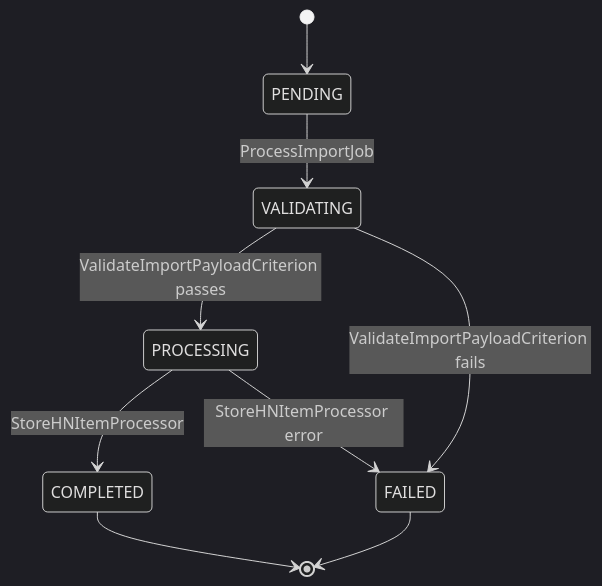
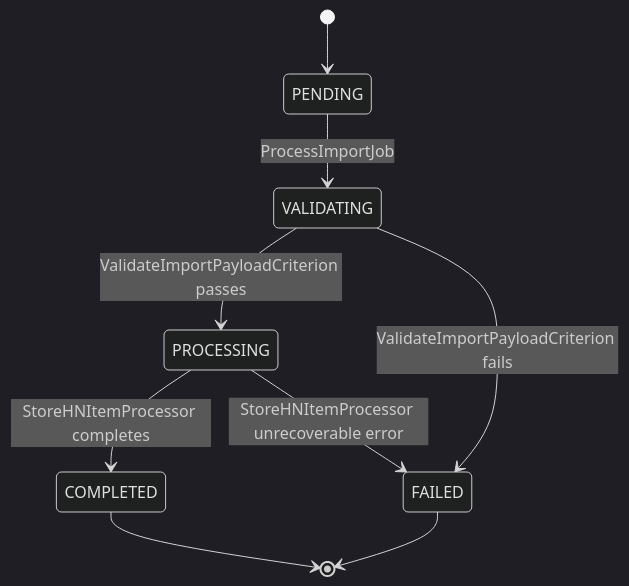
The first of 3 diagrams in src/main/java/com/java_template/prototype/functional_requirement.md (Cyoda-platform/java-client-template), drawn with Mermaid (dark theme) before and after one commit. The commit also changed other lines of this file, not shown here.

````diff
--- a/src/main/java/com/java_template/prototype/functional_requirement.md
+++ b/src/main/java/com/java_template/prototype/functional_requirement.md
@@ -36,11 +58,11 @@
 ```mermaid
 stateDiagram-v2
     [*] --> PENDING
     PENDING --> VALIDATING : ProcessImportJob
     VALIDATING --> PROCESSING : ValidateImportPayloadCriterion passes
     VALIDATING --> FAILED : ValidateImportPayloadCriterion fails
-    PROCESSING --> COMPLETED : StoreHNItemProcessor
-    PROCESSING --> FAILED : StoreHNItemProcessor error
+    PROCESSING --> COMPLETED : StoreHNItemProcessor completes
+    PROCESSING --> FAILED : StoreHNItemProcessor unrecoverable error
     COMPLETED --> [*]
     FAILED --> [*]
 ```
````
